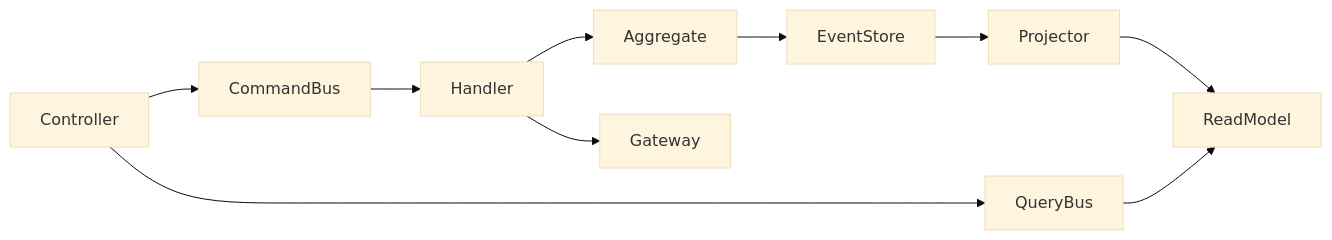
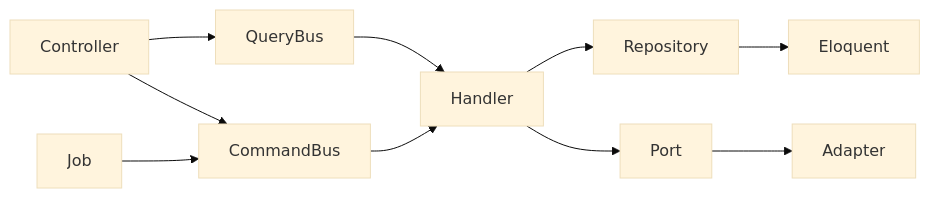
The diagram in docs/ARCHITECTURE_DDD_CQRS.md (nvnhan0810/foreign-language-course), drawn with Mermaid (base theme) before and after one commit. The commit also changed other lines of this file and 189 other files, not shown here.

````diff
--- a/docs/ARCHITECTURE_DDD_CQRS.md
+++ b/docs/ARCHITECTURE_DDD_CQRS.md
@@ -41,12 +39,12 @@
 ```mermaid
 flowchart LR
   Controller --> QueryBus
   Controller --> CommandBus
+  Job --> CommandBus
   CommandBus --> Handler
-  Handler --> Aggregate
-  Aggregate --> EventStore
-  EventStore --> Projector
-  Projector --> ReadModel
-  QueryBus --> ReadModel
-  Handler --> Gateway
+  QueryBus --> Handler
+  Handler --> Repository
+  Handler --> Port
+  Repository --> Eloquent
+  Port --> Adapter
 ```
````
